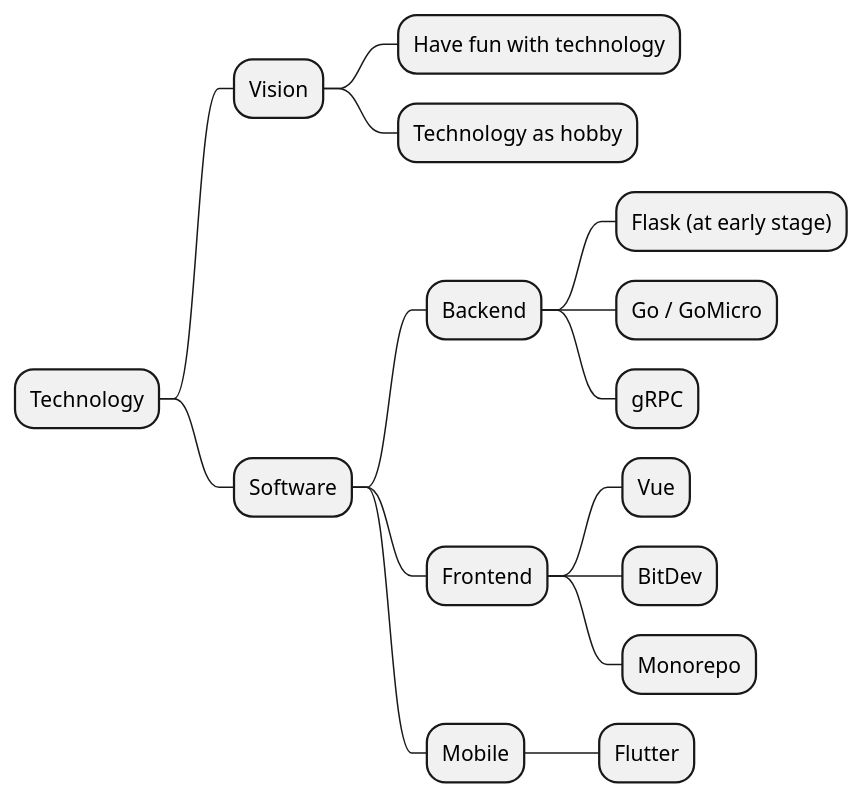
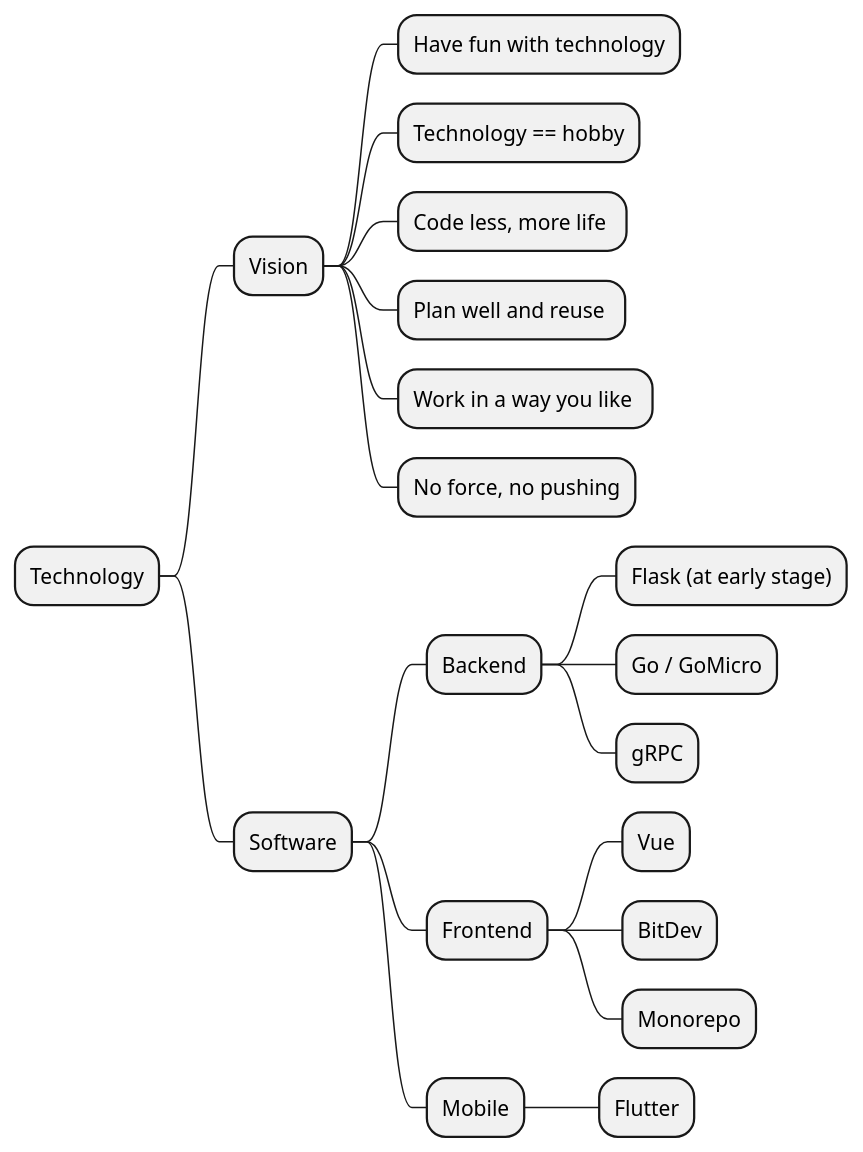
One commit to kodesmil/kodesmil-plant changed the diagram in uml/ks-mind-technology.pu. Above: the diagram before and after it, drawn with PlantUML. The commit also changed 1 other file, not shown here.

Commit message:
Update diagrams

```diff
--- a/uml/ks-mind-technology.pu
+++ b/uml/ks-mind-technology.pu
@@ -1,19 +1,23 @@
 @startmindmap Technology
 
 * Technology
 ** Vision
 *** Have fun with technology
-*** Technology as hobby
+*** Technology == hobby
+*** Code less, more life 
+*** Plan well and reuse 
+*** Work in a way you like 
+*** No force, no pushing
 ** Software
 *** Backend
 **** Flask (at early stage)
 **** Go / GoMicro
 **** gRPC
 *** Frontend
 **** Vue
 **** BitDev
 **** Monorepo
 *** Mobile
 **** Flutter
  
 @endmindmap
```
